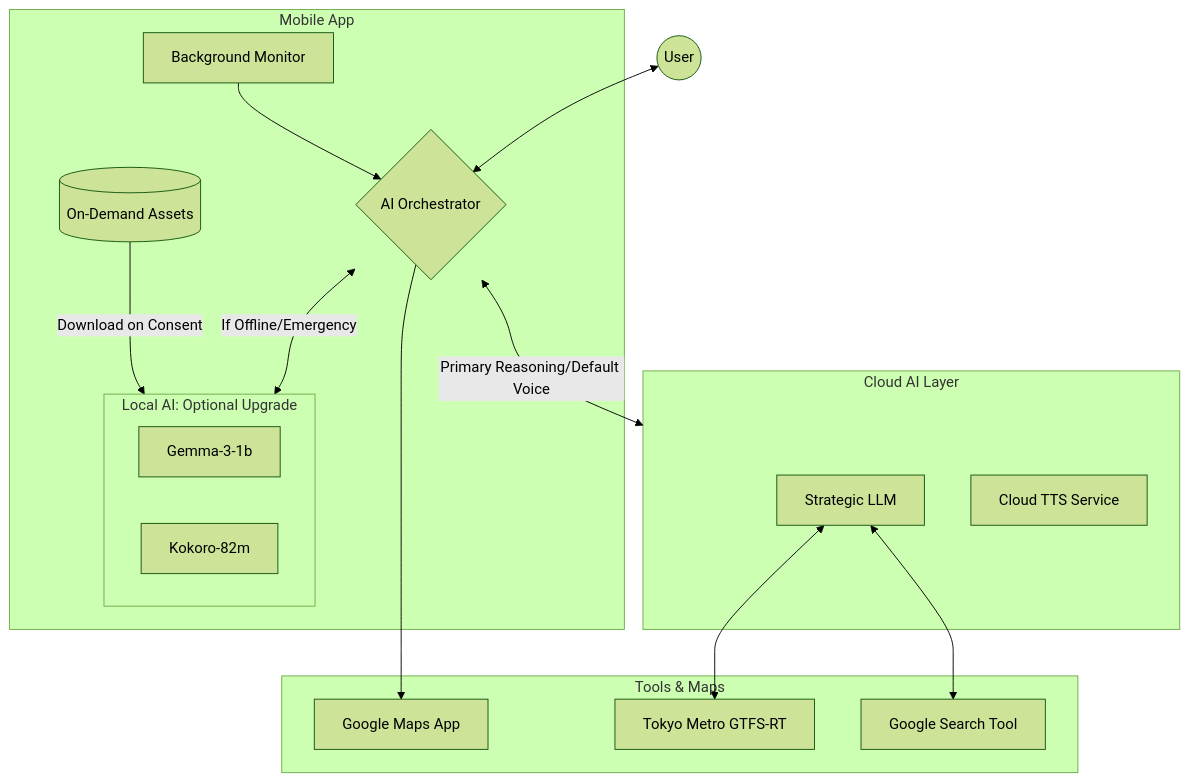
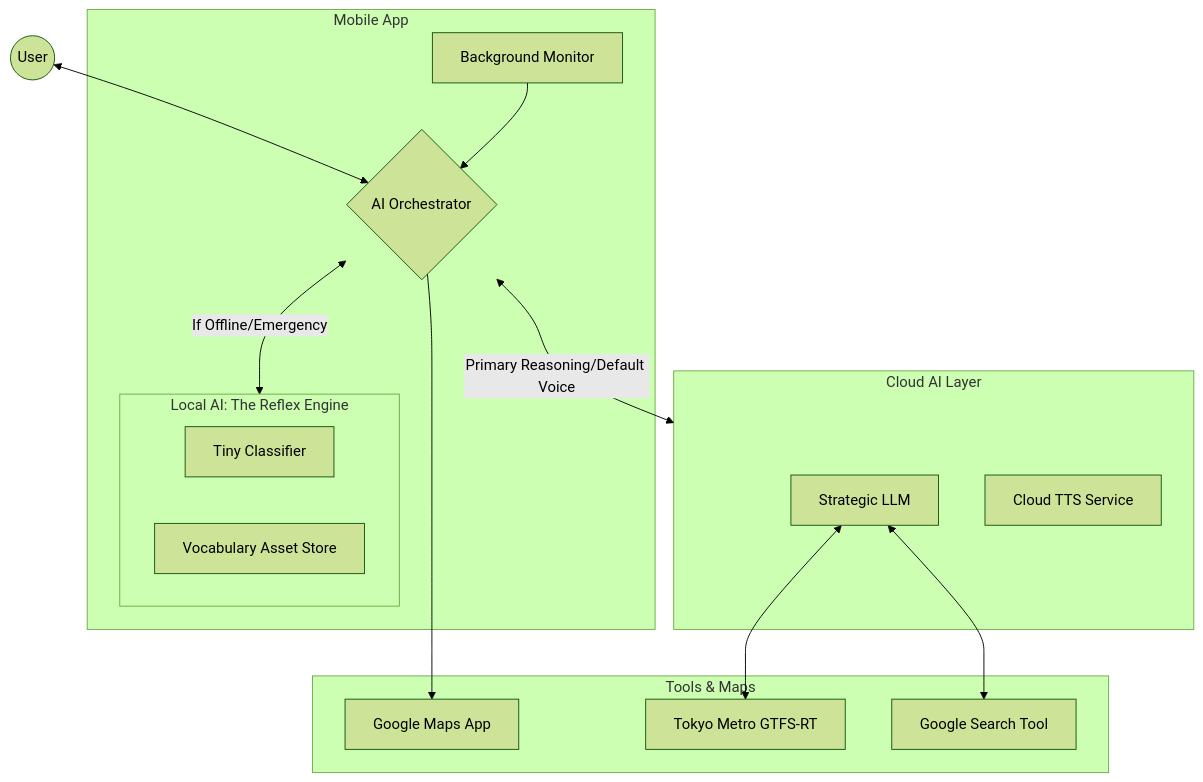
One commit to keiseiisobe/pocket-secure-base changed the first of 2 diagrams in docs/ARCHITECTURE.md. Above: the diagram before and after it, drawn with Mermaid (forest theme). The commit also changed other lines of this file and 3 other files, not shown here.

````diff
--- a/docs/ARCHITECTURE.md
+++ b/docs/ARCHITECTURE.md
@@ -9,38 +9,36 @@
 ```mermaid
 graph TD
     %% User Layer
     User((User)) <--> Orchestrator
 
     %% Mobile App Components
     subgraph MobileApp_Block [Mobile App]
         Orchestrator{AI Orchestrator}
-        subgraph Local_Guardian [Local AI: Optional Upgrade]
-            LocalLLM[Gemma-3-1b]
-            LocalTTS[Kokoro-82m]
+        subgraph Local_Guardian [Local AI: The Reflex Engine]
+            LocalReflex[Tiny Classifier]
+            AssetStore[Vocabulary Asset Store]
         end
-        AssetStore[(On-Demand Assets)]
         Monitor[Background Monitor]
     end
 
     %% Cloud / Backend Layer
     subgraph Cloud_Orchestrator [Cloud AI Layer]
         CloudLLM[Strategic LLM]
         CloudTTS[Cloud TTS Service]
     end
 
     %% External Data Sources
     subgraph External_APIs [Tools & Maps]
         GMap[Google Maps App]
         ODPT[Tokyo Metro GTFS-RT]
         GSearch[Google Search Tool]
     end
 
     %% Connections
     Orchestrator <-- "If Offline/Emergency" --> Local_Guardian
     Orchestrator <-- "Primary Reasoning/Default Voice" --> Cloud_Orchestrator
-    AssetStore -- "Download on Consent" --> Local_Guardian
     CloudLLM <--> ODPT
     CloudLLM <--> GSearch
     Orchestrator --> GMap
     Monitor --> Orchestrator
 ```
````
